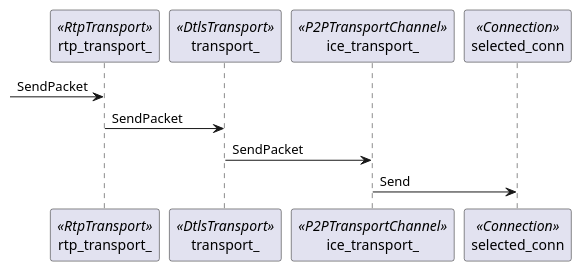
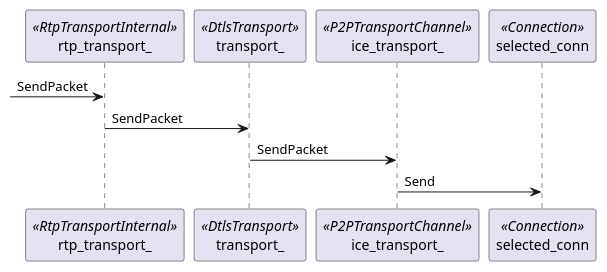
Before and after one commit to mingxin505/webrtcNote: diagram 15 of 19 in webrtc_chrome/Design.md, drawn with PlantUML. The commit also changed other lines of this file and 4 other files, not shown here.

````diff
--- a/webrtc_chrome/Design.md
+++ b/webrtc_chrome/Design.md
@@ -275,10 +291,10 @@
 ```plantuml
-participant rtp_transport_ <<RtpTransport>> 
+participant rtp_transport_ <<RtpTransportInternal>> 
 participant transport_ <<DtlsTransport>> 
 participant ice_transport_ <<P2PTransportChannel>>  
 participant selected_conn <<Connection>>
 ->  rtp_transport_ : SendPacket
 rtp_transport_ -> transport_ : SendPacket
 transport_ -> ice_transport_ : SendPacket
 ice_transport_ -> selected_conn : Send
 ```
````
